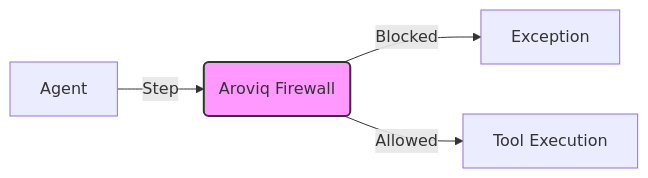
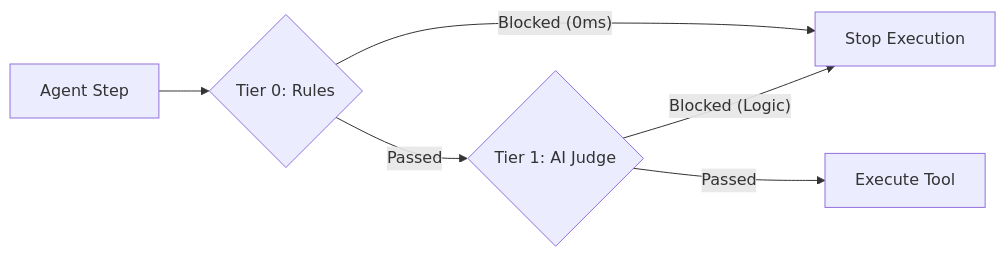
Before and after one commit to aroviq/aroviq: the diagram in README.md, drawn with Mermaid. The commit also changed other lines of this file, not shown here.

Commit message:
feat: overhaul README with detailed architecture, performance benchmarks, new audit scanner, and a comparison table.

````diff
--- a/README.md
+++ b/README.md
@@ -7,7 +17,8 @@
 ```mermaid
 graph LR
-  A[Agent] -->|Step| B(Aroviq Firewall);
-  B -->|Blocked| C[Exception];
-  B -->|Allowed| D[Tool Execution];
-  style B fill:#f9f,stroke:#333,stroke-width:2px
+    A[Agent Step] --> B{Tier 0: Rules}
+    B -- Blocked (0ms) --> C[Stop Execution]
+    B -- Passed --> D{Tier 1: AI Judge}
+    D -- Blocked (Logic) --> C
+    D -- Passed --> E[Execute Tool]
 ```
````
